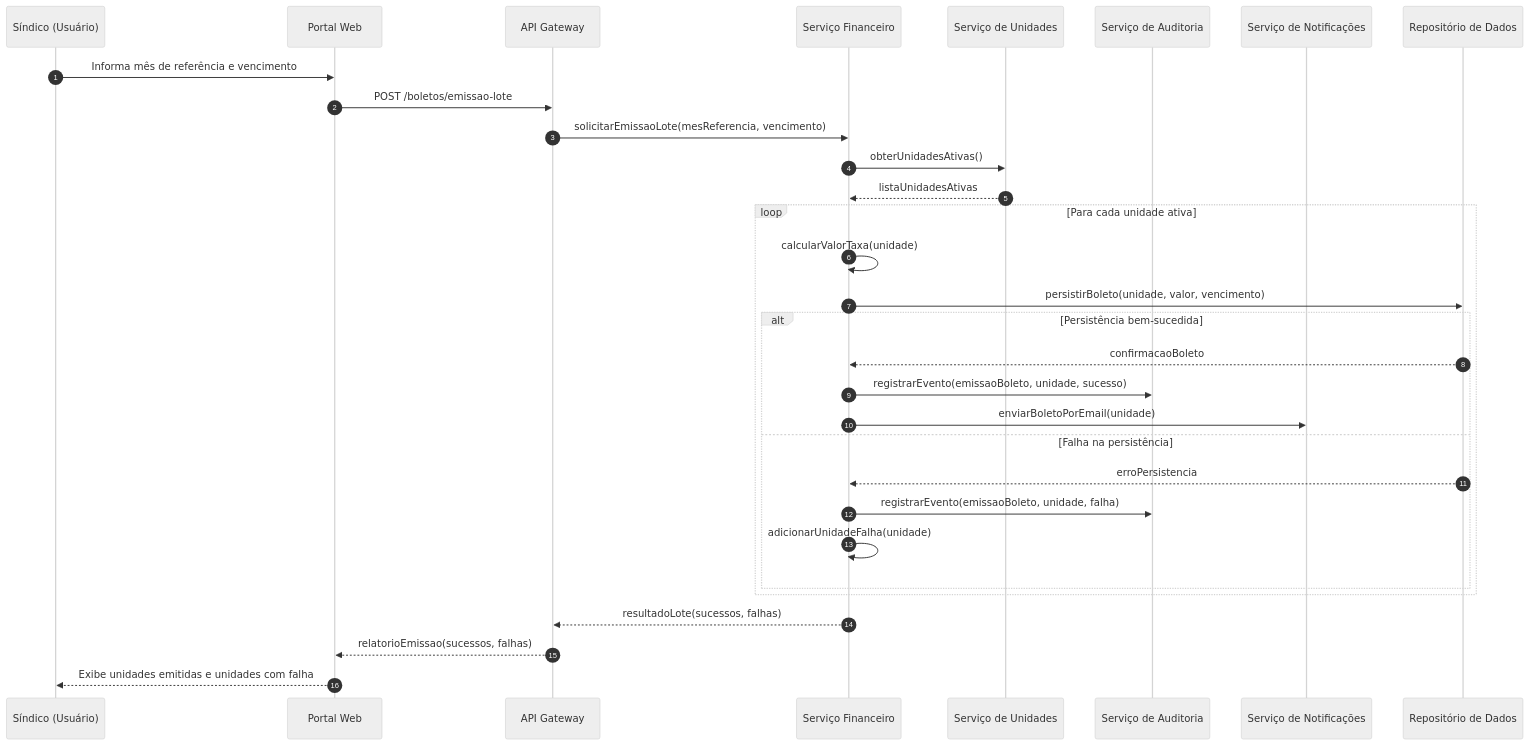
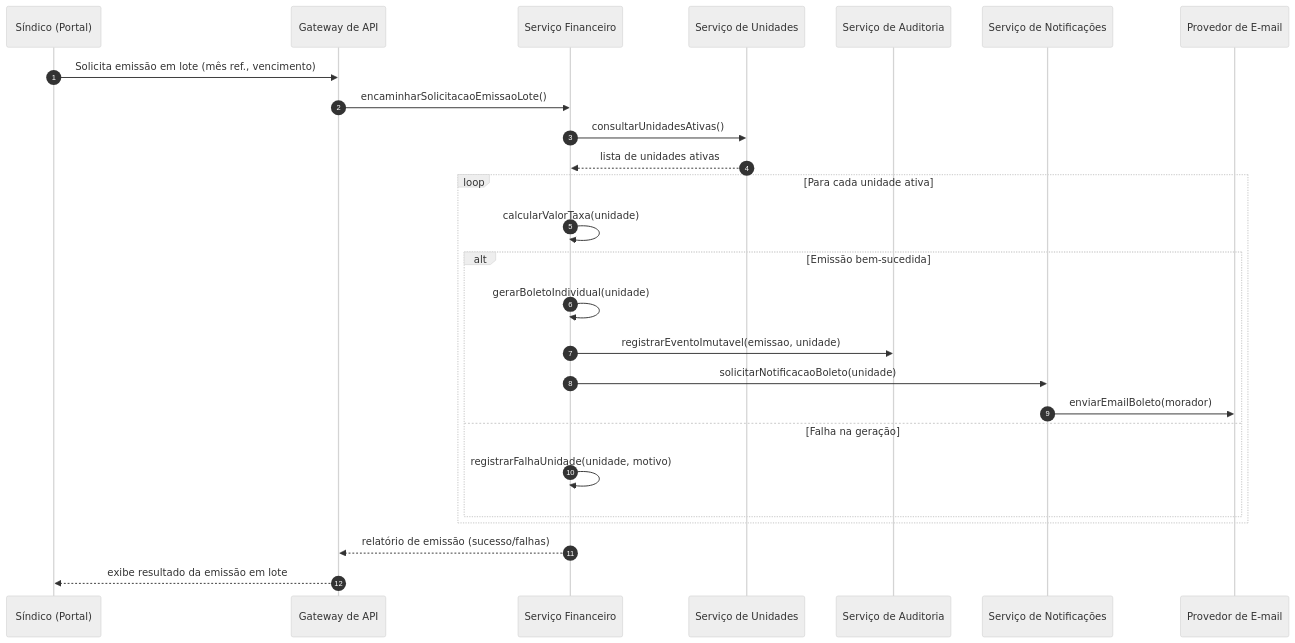
The second of 3 diagrams in docs/Time_2_Design/analise-qualitativa/outputs/relatorio_claude_sonnet_5_M04.md (PDC-ESIA/AI4ES), drawn with Mermaid (neutral theme) before and after one commit. The commit also changed other lines of this file and 107 other files, not shown here.

````diff
--- a/docs/Time_2_Design/analise-qualitativa/outputs/relatorio_claude_sonnet_5_M04.md
+++ b/docs/Time_2_Design/analise-qualitativa/outputs/relatorio_claude_sonnet_5_M04.md
@@ -104,36 +110,31 @@
 ```mermaid
 sequenceDiagram
     autonumber
-    participant Sindico as Síndico (Usuário)
-    participant Portal as Portal Web
-    participant Gateway as API Gateway
-    participant Financeiro as Serviço Financeiro
-    participant Unidade as Serviço de Unidades
-    participant Auditoria as Serviço de Auditoria
-    participant Notificacao as Serviço de Notificações
-    participant Repositorio as Repositório de Dados
+    participant Sindico as Síndico (Portal)
+    participant GW as Gateway de API
+    participant SvcFin as Serviço Financeiro
+    participant SvcUni as Serviço de Unidades
+    participant Aud as Serviço de Auditoria
+    participant Notif as Serviço de Notificações
+    participant Email as Provedor de E-mail
 
-    Sindico->>Portal: Informa mês de referência e vencimento
-    Portal->>Gateway: POST /boletos/emissao-lote
-    Gateway->>Financeiro: solicitarEmissaoLote(mesReferencia, vencimento)
-    Financeiro->>Unidade: obterUnidadesAtivas()
-    Unidade-->>Financeiro: listaUnidadesAtivas
+    Sindico->>GW: Solicita emissão em lote (mês ref., vencimento)
+    GW->>SvcFin: encaminharSolicitacaoEmissaoLote()
+    SvcFin->>SvcUni: consultarUnidadesAtivas()
+    SvcUni-->>SvcFin: lista de unidades ativas
 
     loop Para cada unidade ativa
-        Financeiro->>Financeiro: calcularValorTaxa(unidade)
-        Financeiro->>Repositorio: persistirBoleto(unidade, valor, vencimento)
-        alt Persistência bem-sucedida
-            Repositorio-->>Financeiro: confirmacaoBoleto
-            Financeiro->>Auditoria: registrarEvento(emissaoBoleto, unidade, sucesso)
-            Financeiro->>Notificacao: enviarBoletoPorEmail(unidade)
-        else Falha na persistência
-            Repositorio-->>Financeiro: erroPersistencia
-            Financeiro->>Auditoria: registrarEvento(emissaoBoleto, unidade, falha)
-            Financeiro->>Financeiro: adicionarUnidadeFalha(unidade)
+        SvcFin->>SvcFin: calcularValorTaxa(unidade)
+        alt Emissão bem-sucedida
+            SvcFin->>SvcFin: gerarBoletoIndividual(unidade)
+            SvcFin->>Aud: registrarEventoImutavel(emissao, unidade)
+            SvcFin->>Notif: solicitarNotificacaoBoleto(unidade)
+            Notif->>Email: enviarEmailBoleto(morador)
+        else Falha na geração
+            SvcFin->>SvcFin: registrarFalhaUnidade(unidade, motivo)
         end
     end
 
-    Financeiro-->>Gateway: resultadoLote(sucessos, falhas)
-    Gateway-->>Portal: relatorioEmissao(sucessos, falhas)
-    Portal-->>Sindico: Exibe unidades emitidas e unidades com falha
+    SvcFin-->>GW: relatório de emissão (sucesso/falhas)
+    GW-->>Sindico: exibe resultado da emissão em lote
 ```
````
